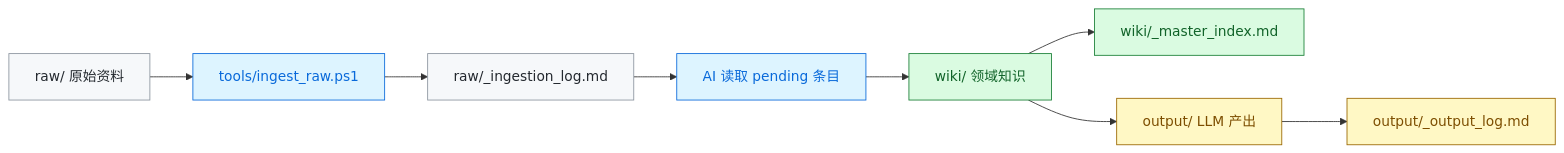
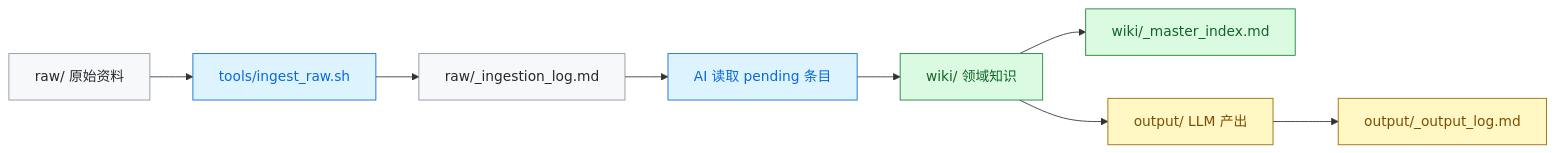
Before and after one commit to KkOma-value/vault: the diagram in README_zh.md, drawn with Mermaid. The commit also changed other lines of this file, not shown here.

Commit message:
docs: fix ingest tool references in Chinese README (powerShell -> bash)

````diff
--- a/README_zh.md
+++ b/README_zh.md
@@ -82,20 +82,20 @@
 ```mermaid
 flowchart LR
-    A["raw/ 原始资料"] --> B["tools/ingest_raw.ps1"]
+    A["raw/ 原始资料"] --> B["tools/ingest_raw.sh"]
     B --> C["raw/_ingestion_log.md"]
     C --> D["AI 读取 pending 条目"]
     D --> E["wiki/ 领域知识"]
     E --> F["wiki/_master_index.md"]
     E --> G["output/ LLM 产出"]
     G --> H["output/_output_log.md"]
 
     classDef source fill:#f6f8fa,stroke:#8c959f,color:#24292f;
     classDef tool fill:#ddf4ff,stroke:#0969da,color:#0969da;
     classDef knowledge fill:#dafbe1,stroke:#1a7f37,color:#116329;
     classDef output fill:#fff8c5,stroke:#9a6700,color:#7d4e00;
 
     class A,C source;
     class B,D tool;
     class E,F knowledge;
     class G,H output;
 ```
````
